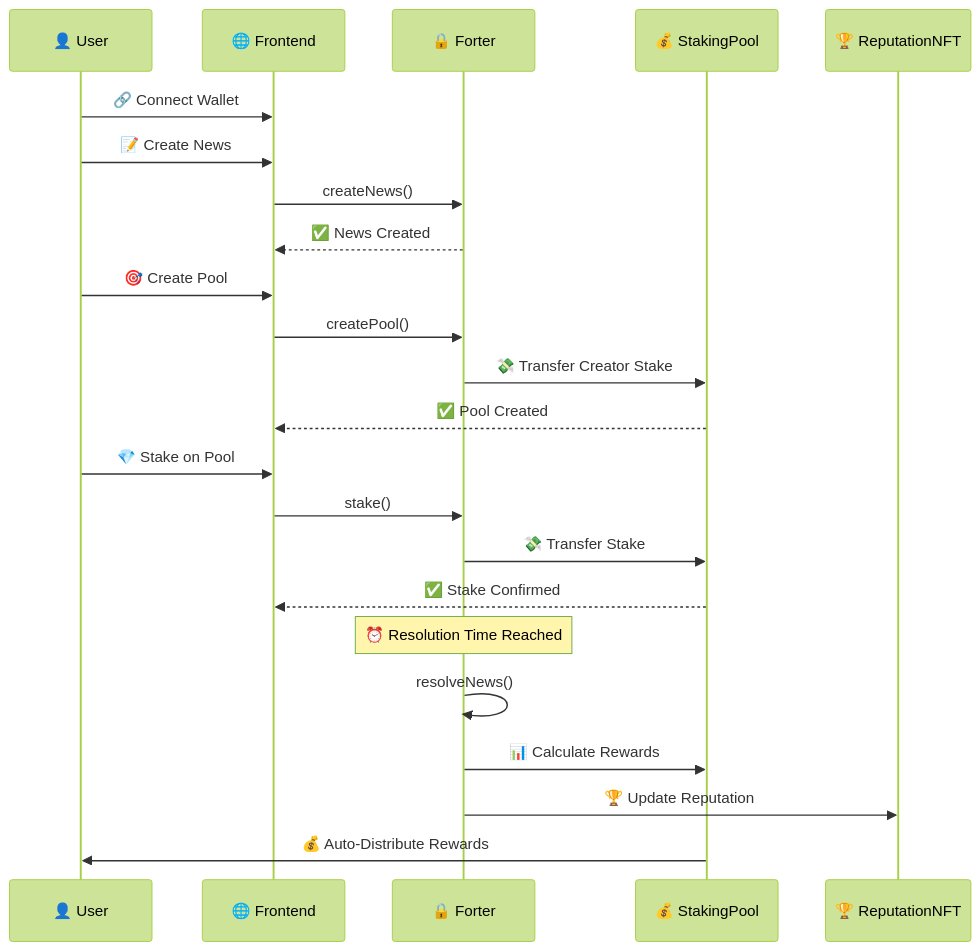
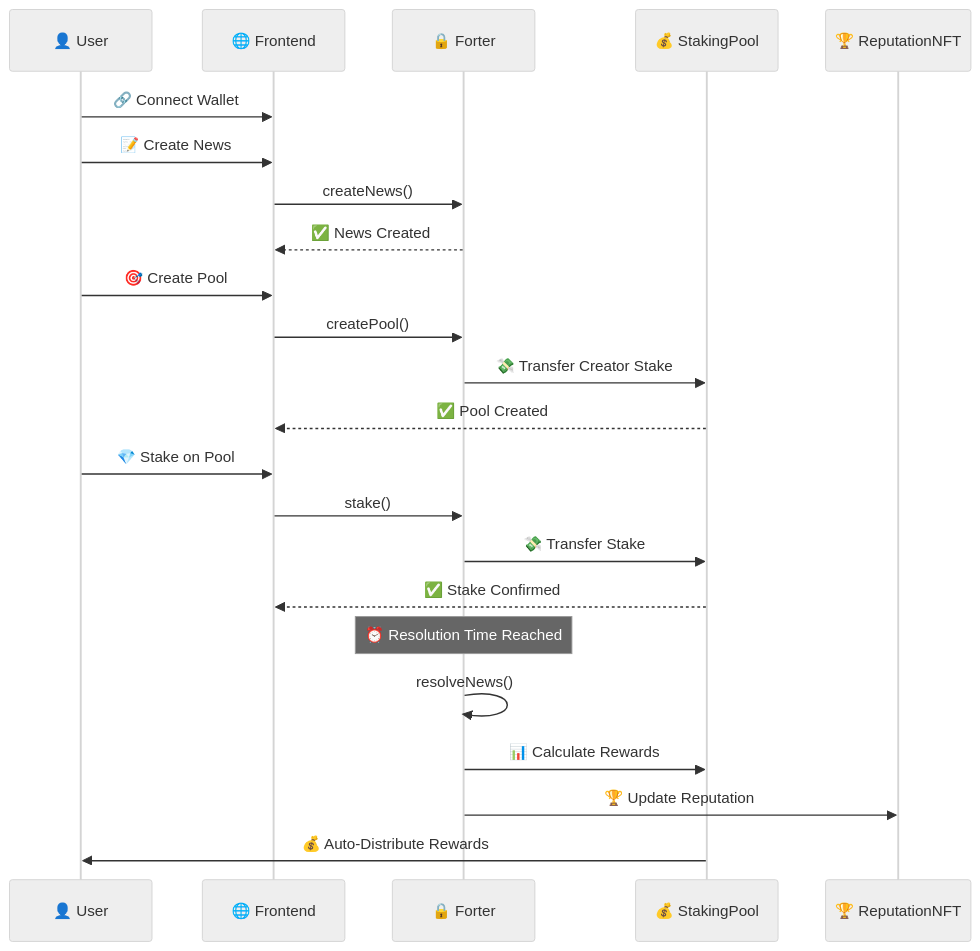
Before and after one commit to luthfidi/forter-news: the second of 2 diagrams in README.MD, drawn with Mermaid. The commit also changed other lines of this file, not shown here.

Commit message:
back to netral theme mermaid

````diff
--- a/README.MD
+++ b/README.MD
@@ -222,30 +222,30 @@
 ```mermaid
-%%{init: {'theme': 'forest'}}%%
+%%{init: {'theme': 'neutral'}}%%
 sequenceDiagram
     participant User as 👤 User
     participant Frontend as 🌐 Frontend
     participant Forter as 🔒 Forter
     participant StakingPool as 💰 StakingPool
     participant ReputationNFT as 🏆 ReputationNFT
 
     User->>Frontend: 🔗 Connect Wallet
     User->>Frontend: 📝 Create News
     Frontend->>Forter: createNews()
     Forter-->>Frontend: ✅ News Created
 
     User->>Frontend: 🎯 Create Pool
     Frontend->>Forter: createPool()
     Forter->>StakingPool: 💸 Transfer Creator Stake
     StakingPool-->>Frontend: ✅ Pool Created
 
     User->>Frontend: 💎 Stake on Pool
     Frontend->>Forter: stake()
     Forter->>StakingPool: 💸 Transfer Stake
     StakingPool-->>Frontend: ✅ Stake Confirmed
 
     Note over Forter: ⏰ Resolution Time Reached
     Forter->>Forter: resolveNews()
     Forter->>StakingPool: 📊 Calculate Rewards
     Forter->>ReputationNFT: 🏆 Update Reputation
     StakingPool->>User: 💰 Auto-Distribute Rewards
 ```
````
